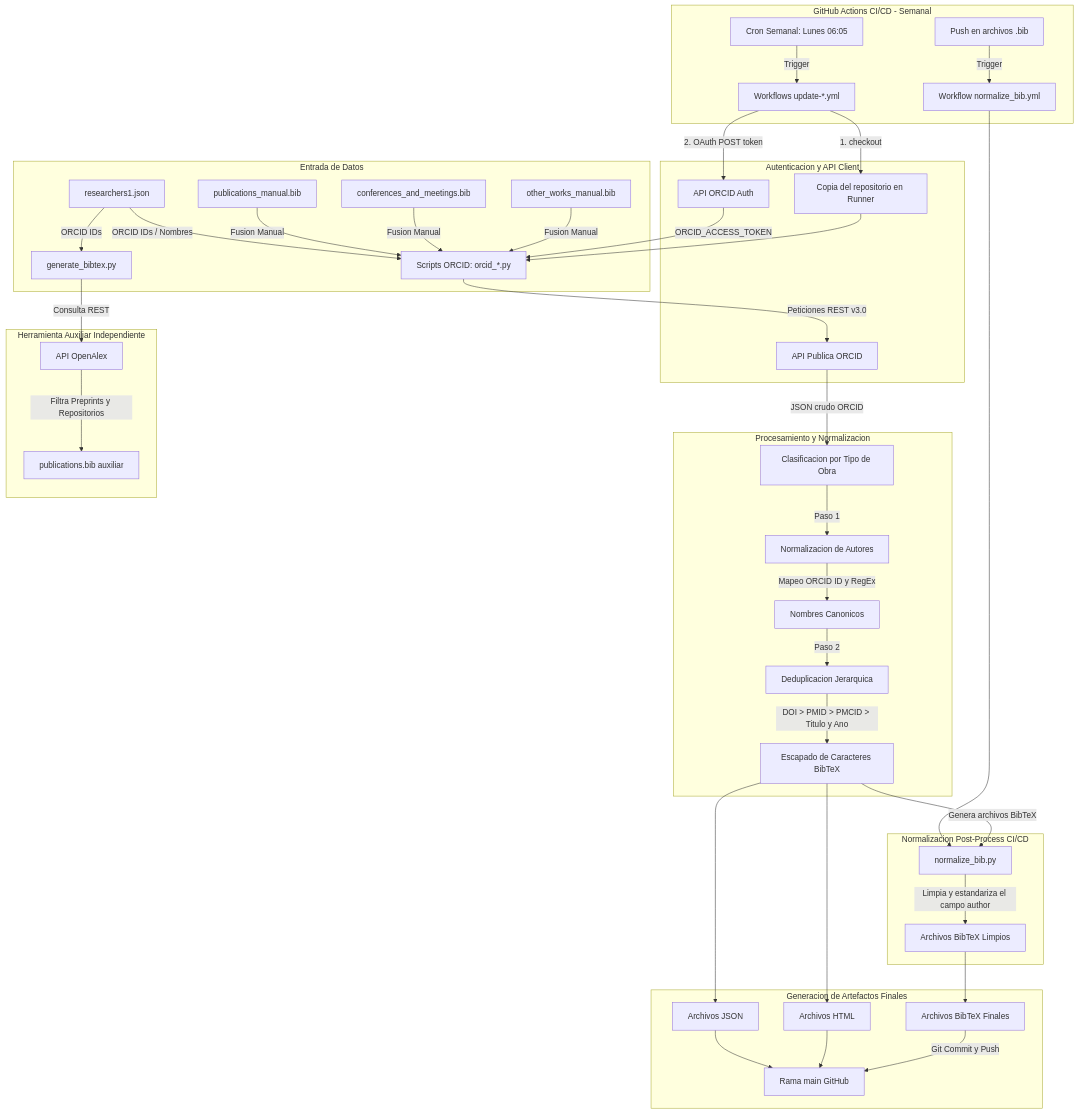
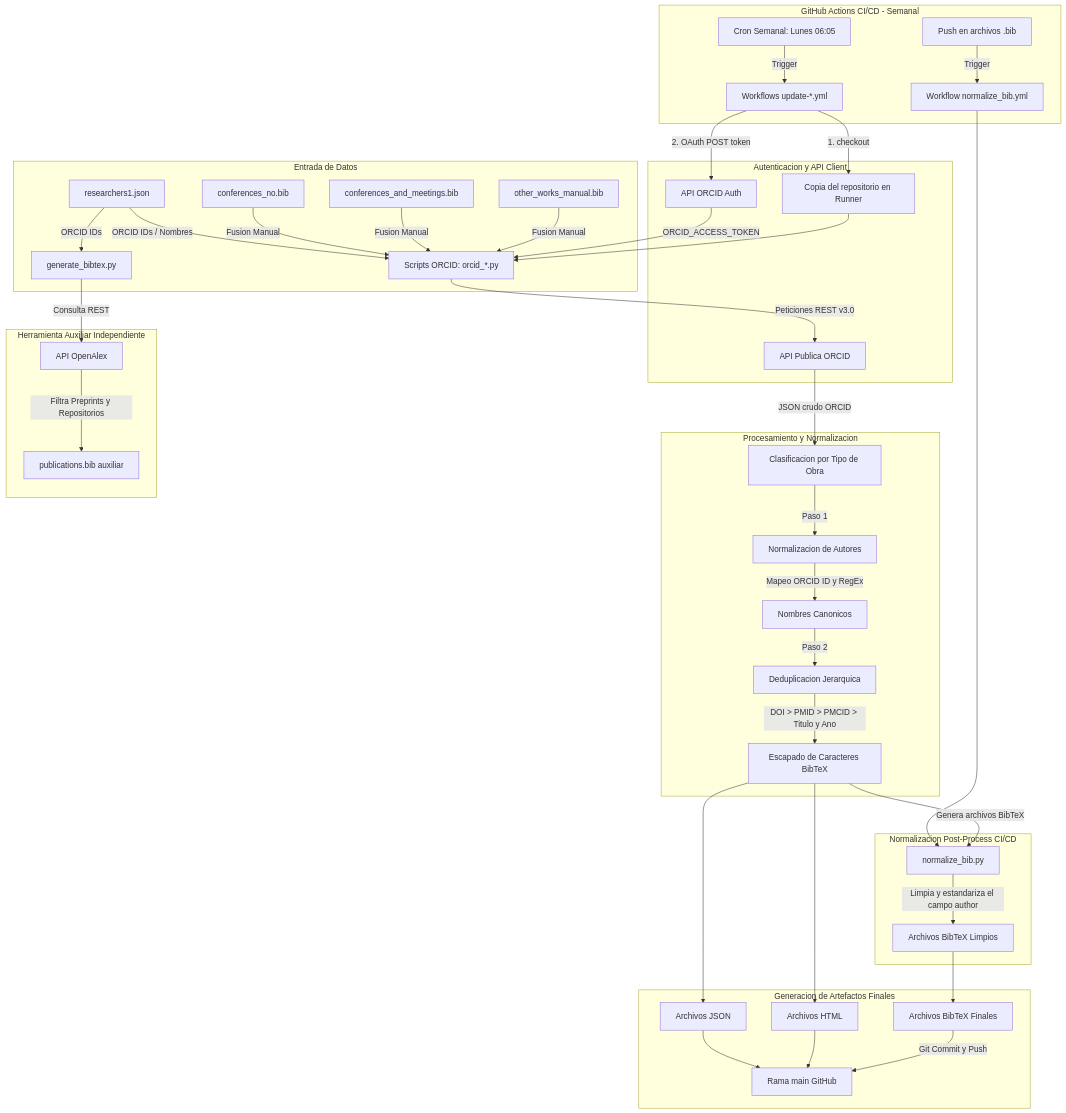
Before and after one commit to AIG-UC3M/aig_publications: the diagram in README.md, drawn with Mermaid.

Commit message:
Update flowchart to include conferences_no.bib

````diff
--- a/README.md
+++ b/README.md
@@ -51,51 +51,51 @@
 ```mermaid
 flowchart TD
     subgraph Entrada [Entrada de Datos]
         A[researchers1.json] -->|ORCID IDs / Nombres| B[Scripts ORCID: orcid_*.py]
         A -->|ORCID IDs| OA_Script[generate_bibtex.py]
-        M1[publications_manual.bib] -->|Fusion Manual| B
+        M1[conferences_no.bib] -->|Fusion Manual| B
         M2[conferences_and_meetings.bib] -->|Fusion Manual| B
         M3[other_works_manual.bib] -->|Fusion Manual| B
     end
 
     subgraph Workflows [GitHub Actions CI/CD - Semanal]
         Cron[Cron Semanal: Lunes 06:05] -->|Trigger| GHA_Update[Workflows update-*.yml]
         PushBib[Push en archivos .bib] -->|Trigger| GHA_Norm[Workflow normalize_bib.yml]
     end
 
     subgraph Auth [Autenticacion y API Client]
         GHA_Update -->|1. checkout| RepoCopy[Copia del repositorio en Runner]
         GHA_Update -->|2. OAuth POST token| OAuth[API ORCID Auth]
         OAuth -->|ORCID_ACCESS_TOKEN| B
         RepoCopy --> B
         B -->|Peticiones REST v3.0| ORCID_API[API Publica ORCID]
     end
 
     subgraph Process [Procesamiento y Normalizacion]
         ORCID_API -->|JSON crudo ORCID| C[Clasificacion por Tipo de Obra]
         C -->|Paso 1| D[Normalizacion de Autores]
         D -->|Mapeo ORCID ID y RegEx| D1[Nombres Canonicos]
         D1 -->|Paso 2| E[Deduplicacion Jerarquica]
         E -->|DOI > PMID > PMCID > Titulo y Ano| F[Escapado de Caracteres BibTeX]
     end
 
     subgraph NormStep [Normalizacion Post-Process CI/CD]
         GHA_Norm --> N1[normalize_bib.py]
         F -->|Genera archivos BibTeX| N1
         N1 -->|Limpia y estandariza el campo author| N2[Archivos BibTeX Limpios]
     end
 
     subgraph Salida [Generacion de Artefactos Finales]
         F --> OutJSON[Archivos JSON]
         F --> OutHTML[Archivos HTML]
         N2 --> OutBIB[Archivos BibTeX Finales]
         OutJSON --> MainRepo[Rama main GitHub]
         OutHTML --> MainRepo
         OutBIB -->|Git Commit y Push| MainRepo
     end
 
     subgraph Auxiliar [Herramienta Auxiliar Independiente]
         OA_Script -->|Consulta REST| OpenAlex_API[API OpenAlex]
         OpenAlex_API -->|Filtra Preprints y Repositorios| OA_BIB[publications.bib auxiliar]
     end
 ```
````
